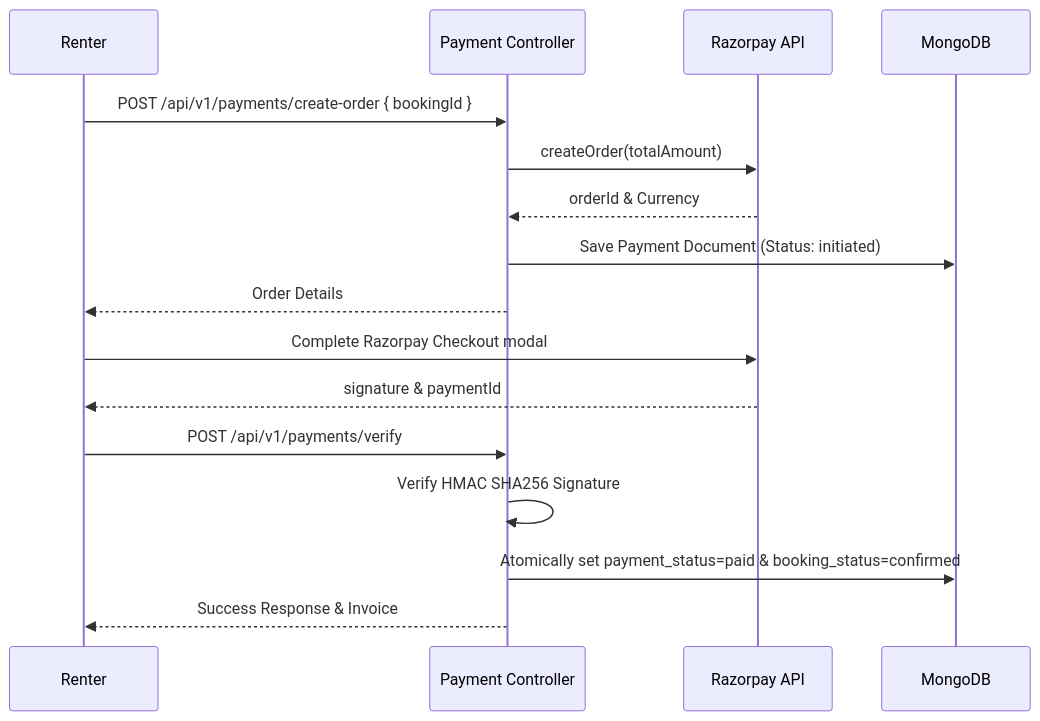
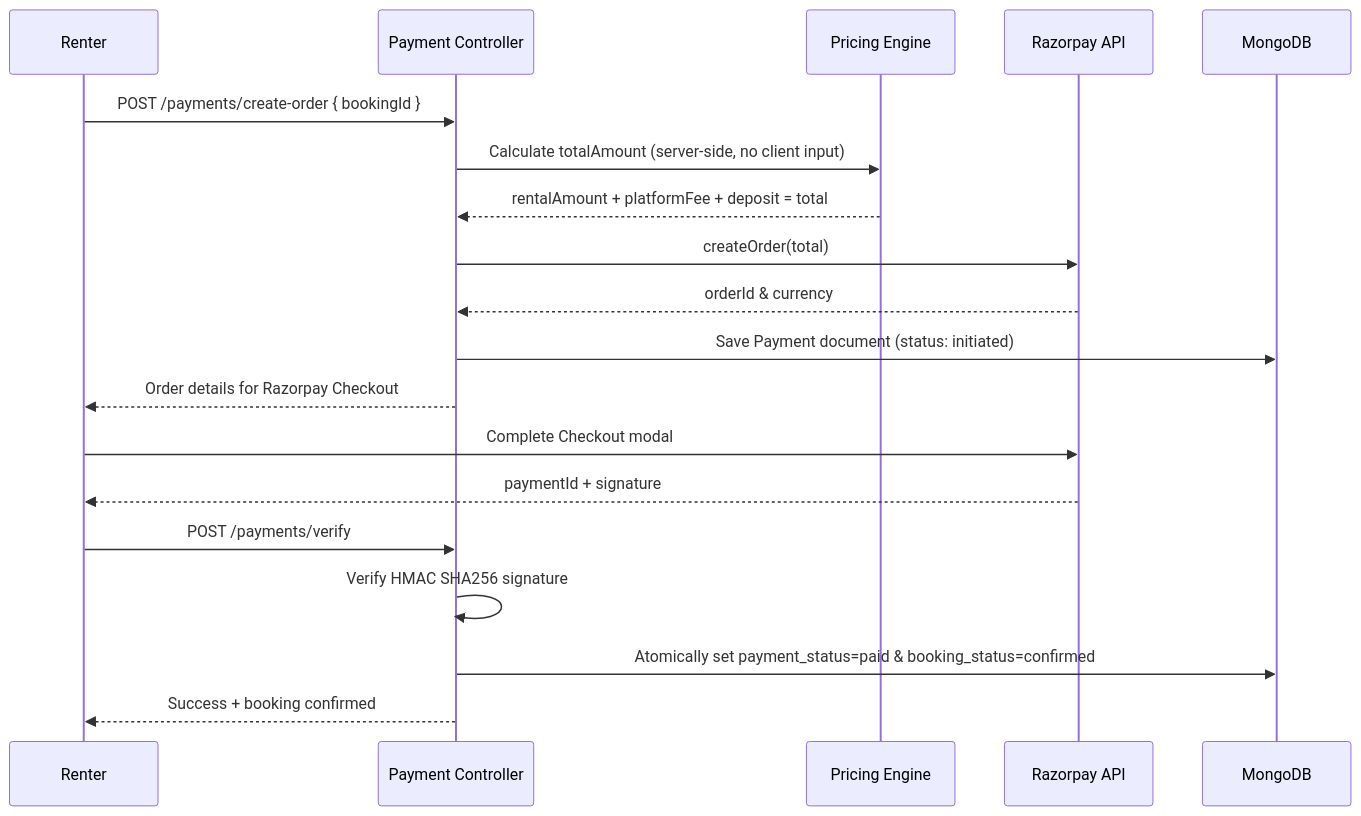
Before and after one commit to priyanshuraj20/Rentora: the fifth of 8 diagrams in ReadMe.md, drawn with Mermaid. The commit also changed other lines of this file and 8 other files, not shown here.

````diff
--- a/ReadMe.md
+++ b/ReadMe.md
@@ -211,19 +361,22 @@
 ```mermaid
 sequenceDiagram
     participant Renter
     participant API as Payment Controller
+    participant Engine as Pricing Engine
     participant Razorpay as Razorpay API
     participant DB as MongoDB
 
-    Renter->>API: POST /api/v1/payments/create-order { bookingId }
-    API->>Razorpay: createOrder(totalAmount)
-    Razorpay-->>API: orderId & Currency
-    API->>DB: Save Payment Document (Status: initiated)
-    API-->>Renter: Order Details
-    Renter->>Razorpay: Complete Razorpay Checkout modal
-    Razorpay-->>Renter: signature & paymentId
-    Renter->>API: POST /api/v1/payments/verify
-    API->>API: Verify HMAC SHA256 Signature
+    Renter->>API: POST /payments/create-order { bookingId }
+    API->>Engine: Calculate totalAmount (server-side, no client input)
+    Engine-->>API: rentalAmount + platformFee + deposit = total
+    API->>Razorpay: createOrder(total)
+    Razorpay-->>API: orderId & currency
+    API->>DB: Save Payment document (status: initiated)
+    API-->>Renter: Order details for Razorpay Checkout
+    Renter->>Razorpay: Complete Checkout modal
+    Razorpay-->>Renter: paymentId + signature
+    Renter->>API: POST /payments/verify
+    API->>API: Verify HMAC SHA256 signature
     API->>DB: Atomically set payment_status=paid & booking_status=confirmed
-    API-->>Renter: Success Response & Invoice
+    API-->>Renter: Success + booking confirmed
 ```
````
